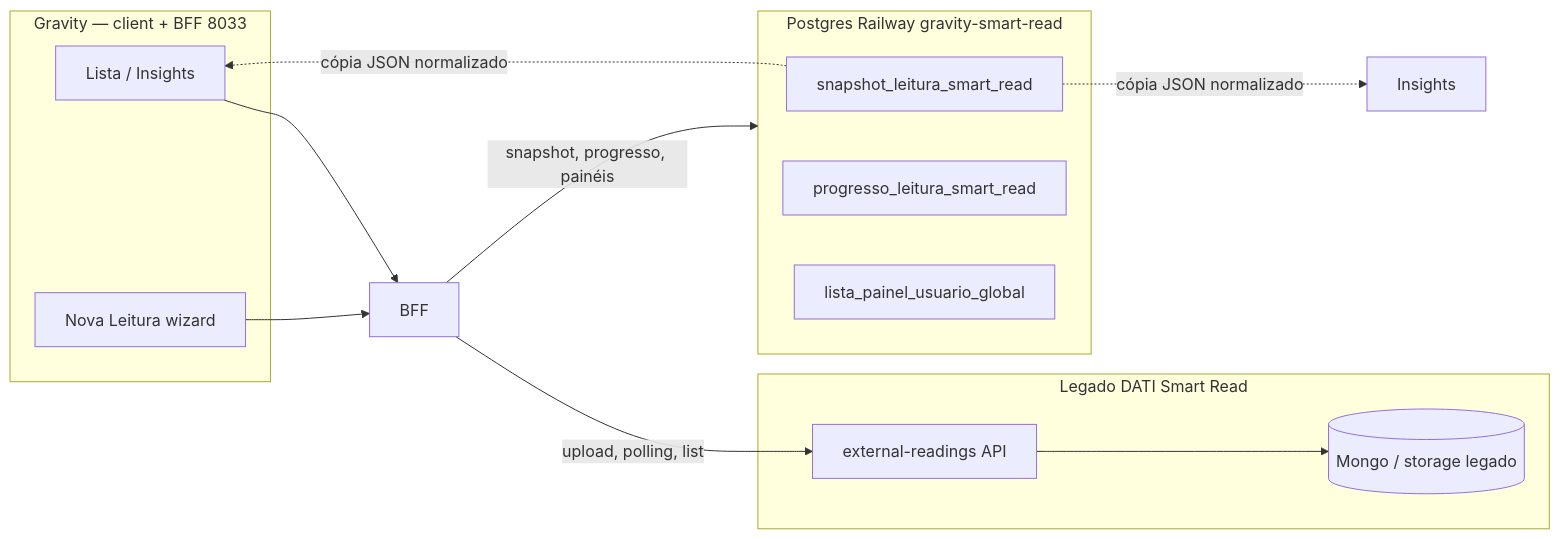
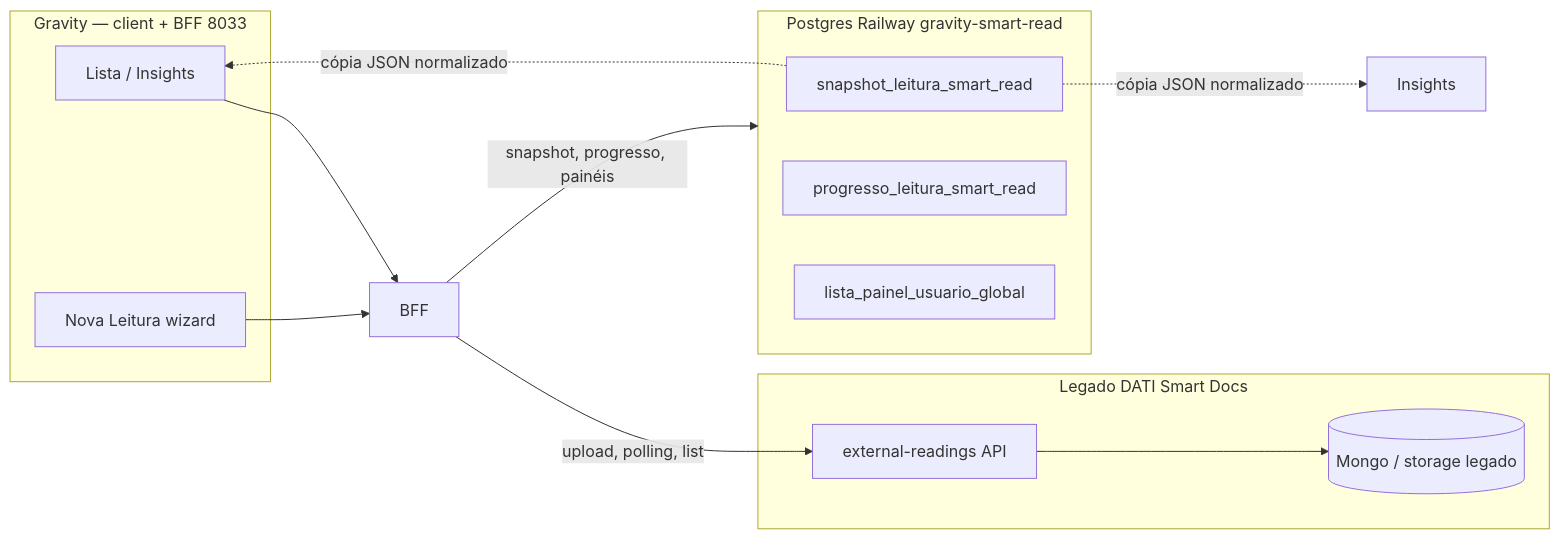
The diagram in documentos-tecnicos/produtos-gravity/smart-read/PERSISTENCIA-DADOS-TECNICO.md (kamilaestevam/gravity-antigravity), drawn with Mermaid before and after one commit. The commit also changed other lines of this file and 14 other files, not shown here.

First line of the commit message:
docs(smart-read): P3 rebrand Smart Docs em locales menores, skill e documentacao

````diff
--- a/documentos-tecnicos/produtos-gravity/smart-read/PERSISTENCIA-DADOS-TECNICO.md
+++ b/documentos-tecnicos/produtos-gravity/smart-read/PERSISTENCIA-DADOS-TECNICO.md
@@ -16,26 +16,26 @@
 ```mermaid
 flowchart LR
   subgraph gravity_ui [Gravity — client + BFF 8033]
     Lista[Lista / Insights]
     Wizard[Nova Leitura wizard]
   end
 
   subgraph gravity_db [Postgres Railway gravity-smart-read]
     Snap[snapshot_leitura_smart_read]
     Prog[progresso_leitura_smart_read]
     Painel[lista_painel_usuario_global]
   end
 
-  subgraph dati [Legado DATI Smart Read]
+  subgraph dati [Legado DATI Smart Docs]
     LegadoDB[(Mongo / storage legado)]
     LegadoAPI[external-readings API]
   end
 
   Lista --> BFF
   Wizard --> BFF
   BFF -->|upload, polling, list| LegadoAPI
   LegadoAPI --> LegadoDB
   BFF -->|snapshot, progresso, painéis| gravity_db
   Snap -.->|cópia JSON normalizado| Lista
   Snap -.->|cópia JSON normalizado| Insights
 ```
````
